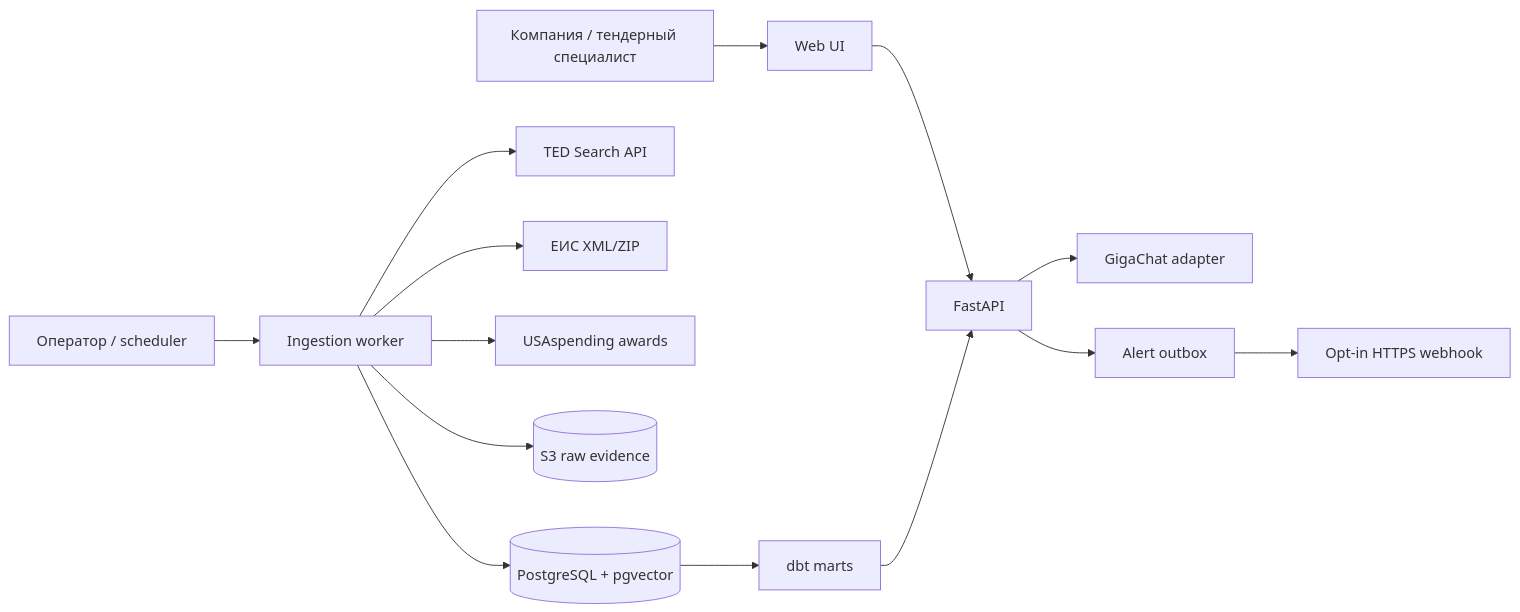
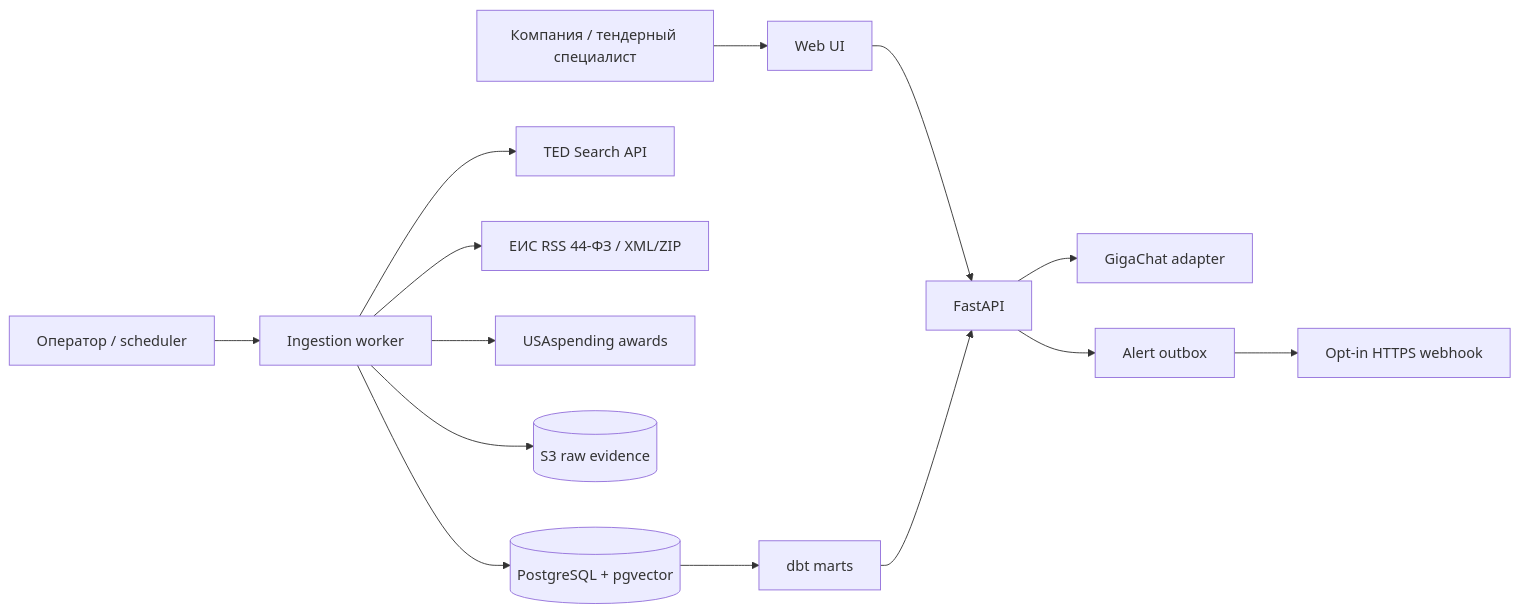
Before and after one commit to TBWTK/TenderPulse: the first of 2 diagrams in docs/ARCHITECTURE.md, drawn with Mermaid. The commit also changed other lines of this file and 29 other files, not shown here.

Commit message:
feat: add verified live EIS RSS ingestion

````diff
--- a/docs/ARCHITECTURE.md
+++ b/docs/ARCHITECTURE.md
@@ -19,14 +19,14 @@
 ```mermaid
 flowchart LR
   Company["Компания / тендерный специалист"] --> Web["Web UI"] --> API["FastAPI"]
   Operator["Оператор / scheduler"] --> Worker["Ingestion worker"]
   Worker --> TED["TED Search API"]
-  Worker --> EIS["ЕИС XML/ZIP"]
+  Worker --> EIS["ЕИС RSS 44-ФЗ / XML/ZIP"]
   Worker --> USA["USAspending awards"]
   Worker --> Raw[("S3 raw evidence")]
   Worker --> DB[("PostgreSQL + pgvector")]
   DB --> DBT["dbt marts"] --> API
   API --> Giga["GigaChat adapter"]
   API --> Alerts["Alert outbox"]
   Alerts --> Hook["Opt-in HTTPS webhook"]
 ```
````
